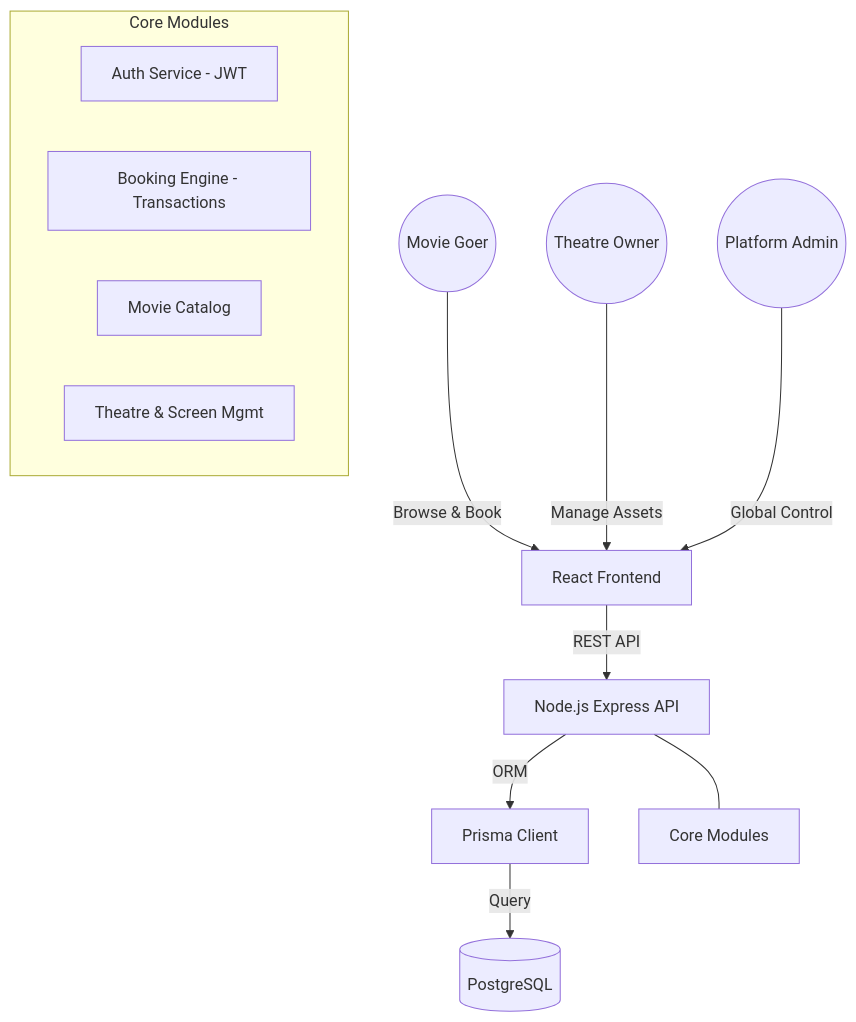
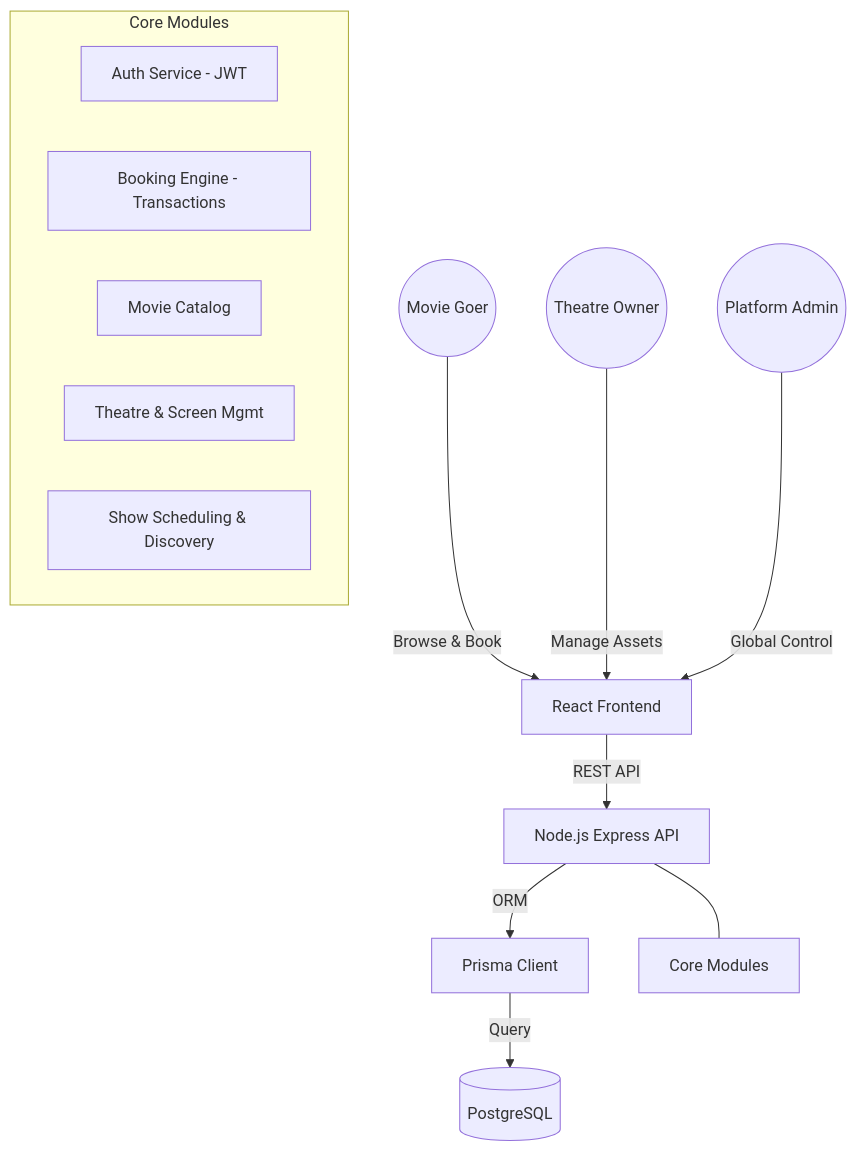
Before and after one commit to Karthiksenthilkumar1/BuyPass: the diagram in README.md, drawn with Mermaid. The commit also changed other lines of this file, not shown here.

````diff
--- a/README.md
+++ b/README.md
@@ -17,19 +17,20 @@
 ```mermaid
 graph TD
     User((Movie Goer)) -->|Browse & Book| Frontend[React Frontend]
     Partner((Theatre Owner)) -->|Manage Assets| Frontend
     Admin((Platform Admin)) -->|Global Control| Frontend
     
     Frontend -->|REST API| Backend[Node.js Express API]
     Backend -->|ORM| Prisma[Prisma Client]
     Prisma -->|Query| DB[(PostgreSQL)]
     
     subgraph "Core Modules"
         Auth[Auth Service - JWT]
         Booking[Booking Engine - Transactions]
         Catalog[Movie Catalog]
         Theatre[Theatre & Screen Mgmt]
+        Scheduling[Show Scheduling & Discovery]
     end
     
     Backend --- CoreModules[Core Modules]
 ```
````
